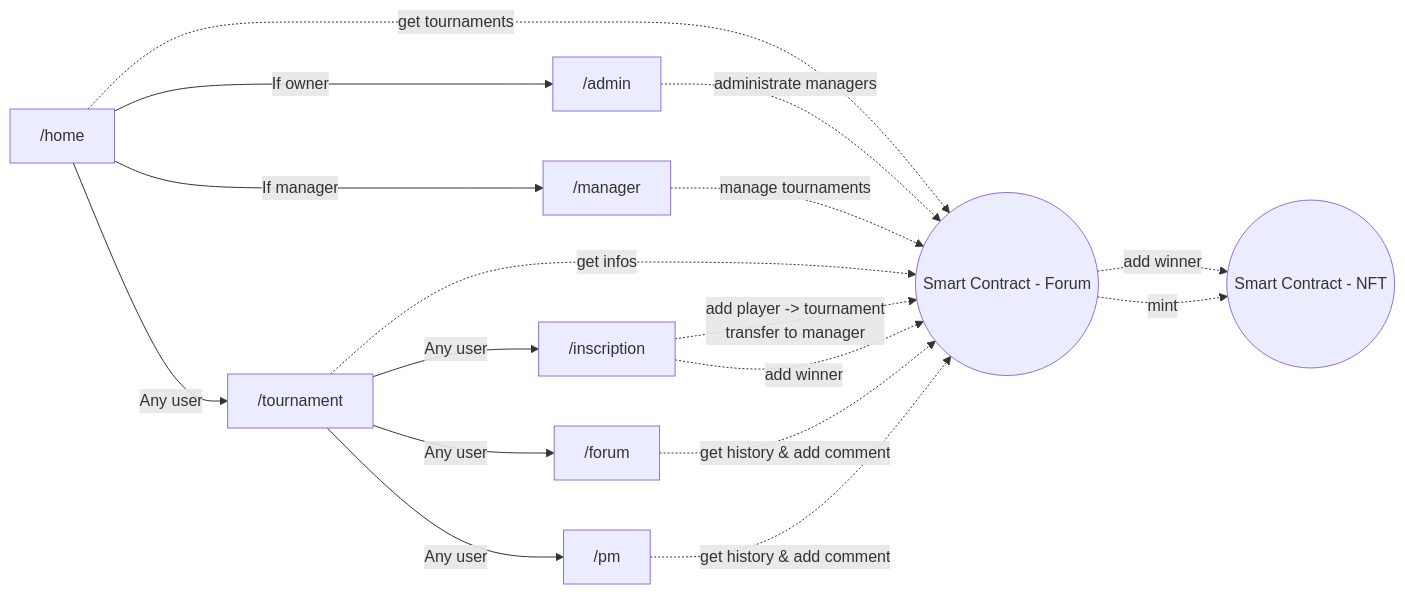
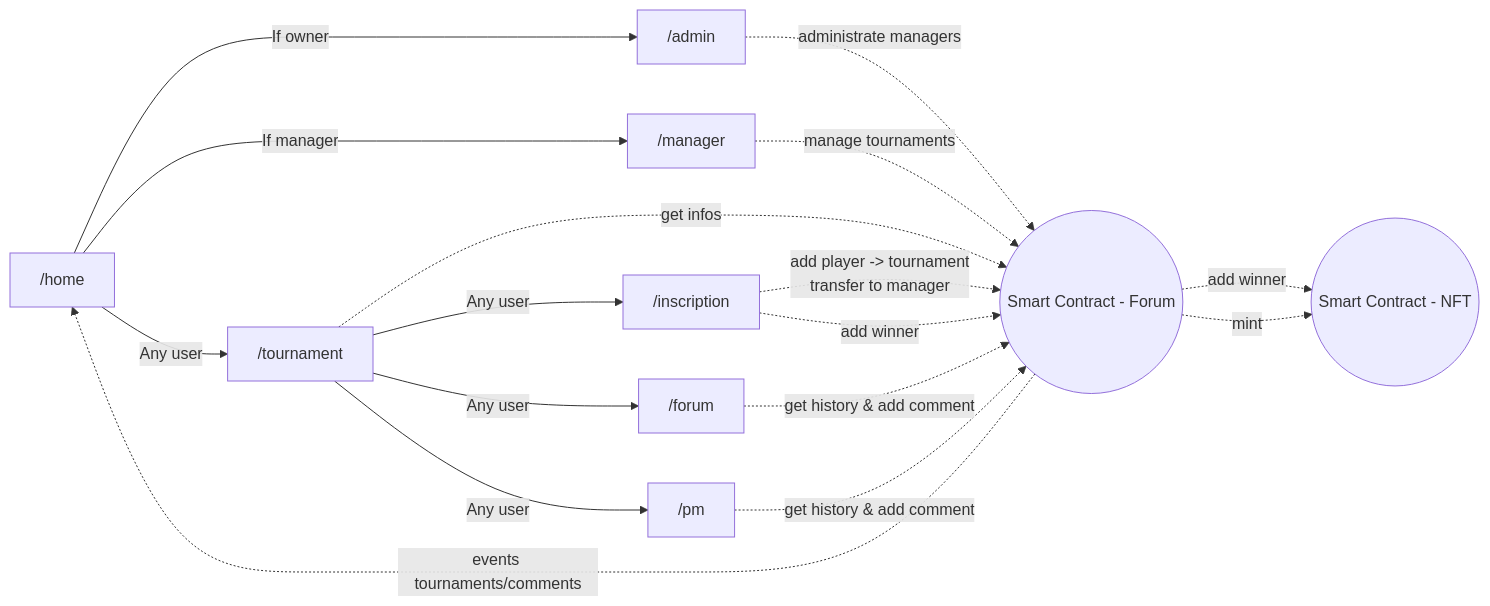
The diagram in README.md (mickablondo/PadelConnect), drawn with Mermaid before and after one commit.

````diff
--- a/README.md
+++ b/README.md
@@ -27,19 +27,19 @@
 ```mermaid
 flowchart >
     A[ /home] -->|If owner| B[ /admin]
     A -->|If manager| C[ /manager]
     A -->|Any user| D[ /tournament] 
     D -->|Any user| E[ /inscription]
     D -->|Any user| F[ /forum]
     D -->|Any user| G[ /pm]
-    A -.->|get tournaments| I((Smart Contract - Forum))
-    B -.->|administrate managers| I
+    B -.->|administrate managers| I((Smart Contract - Forum))
     C -.->|manage tournaments| I
     D -.->|get infos| I
     E -.->|add player -> tournament<br/>transfer to manager| I
     E -.->|add winner| I
     F -.->|get history & add comment| I
     G -.->|get history & add comment| I
     I -.->|add winner| J((Smart Contract - NFT))
     I -.->|mint| J
+    I -.->|events tournaments/comments| A
 ```
````
